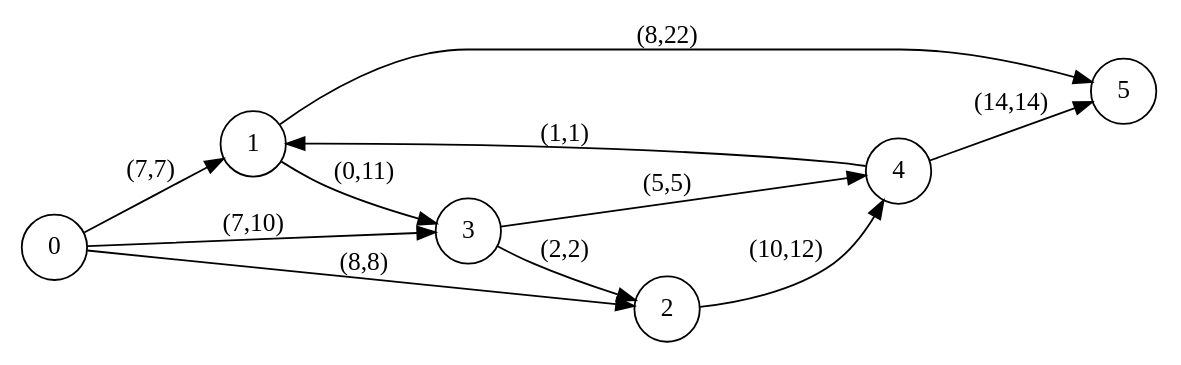
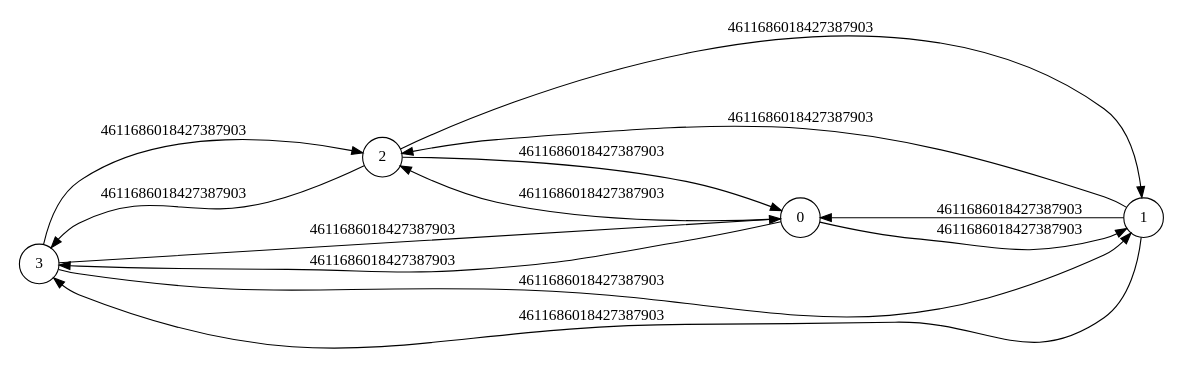
Before and after one commit to pierre-ung/Ford-Fulkerson_ocaml_project: the diagram in outfile.dot, drawn with Graphviz. The commit also changed 6 other files, not shown here.

```diff
--- a/outfile.dot
+++ b/outfile.dot
@@ -1,14 +1,16 @@
 digraph finite_state_machine {
                   rankdir=LR;
                   size="8,5"
-                  node [shape = circle];1 -> 3 [label = "(0,11)"];
-1 -> 5 [label = "(8,22)"];
-4 -> 5 [label = "(14,14)"];
-4 -> 1 [label = "(1,1)"];
-3 -> 2 [label = "(2,2)"];
-3 -> 4 [label = "(5,5)"];
-2 -> 4 [label = "(10,12)"];
-0 -> 1 [label = "(7,7)"];
-0 -> 3 [label = "(7,10)"];
-0 -> 2 [label = "(8,8)"];
+                  node [shape = circle];3 -> 2 [label = "4611686018427387903"];
+3 -> 1 [label = "4611686018427387903"];
+3 -> 0 [label = "4611686018427387903"];
+2 -> 3 [label = "4611686018427387903"];
+2 -> 1 [label = "4611686018427387903"];
+2 -> 0 [label = "4611686018427387903"];
+1 -> 3 [label = "4611686018427387903"];
+1 -> 2 [label = "4611686018427387903"];
+1 -> 0 [label = "4611686018427387903"];
+0 -> 3 [label = "4611686018427387903"];
+0 -> 2 [label = "4611686018427387903"];
+0 -> 1 [label = "4611686018427387903"];
 }
```
